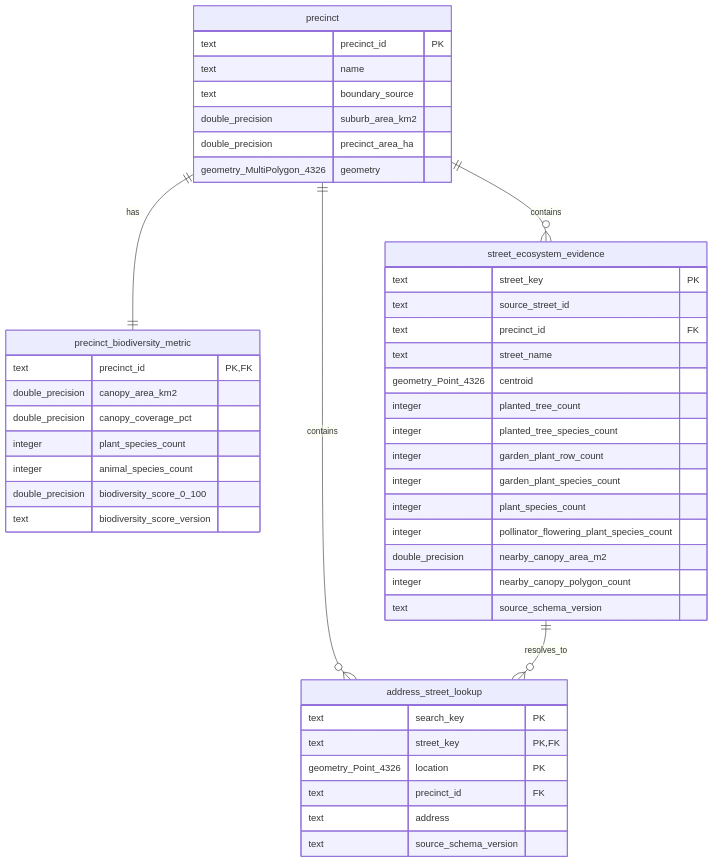
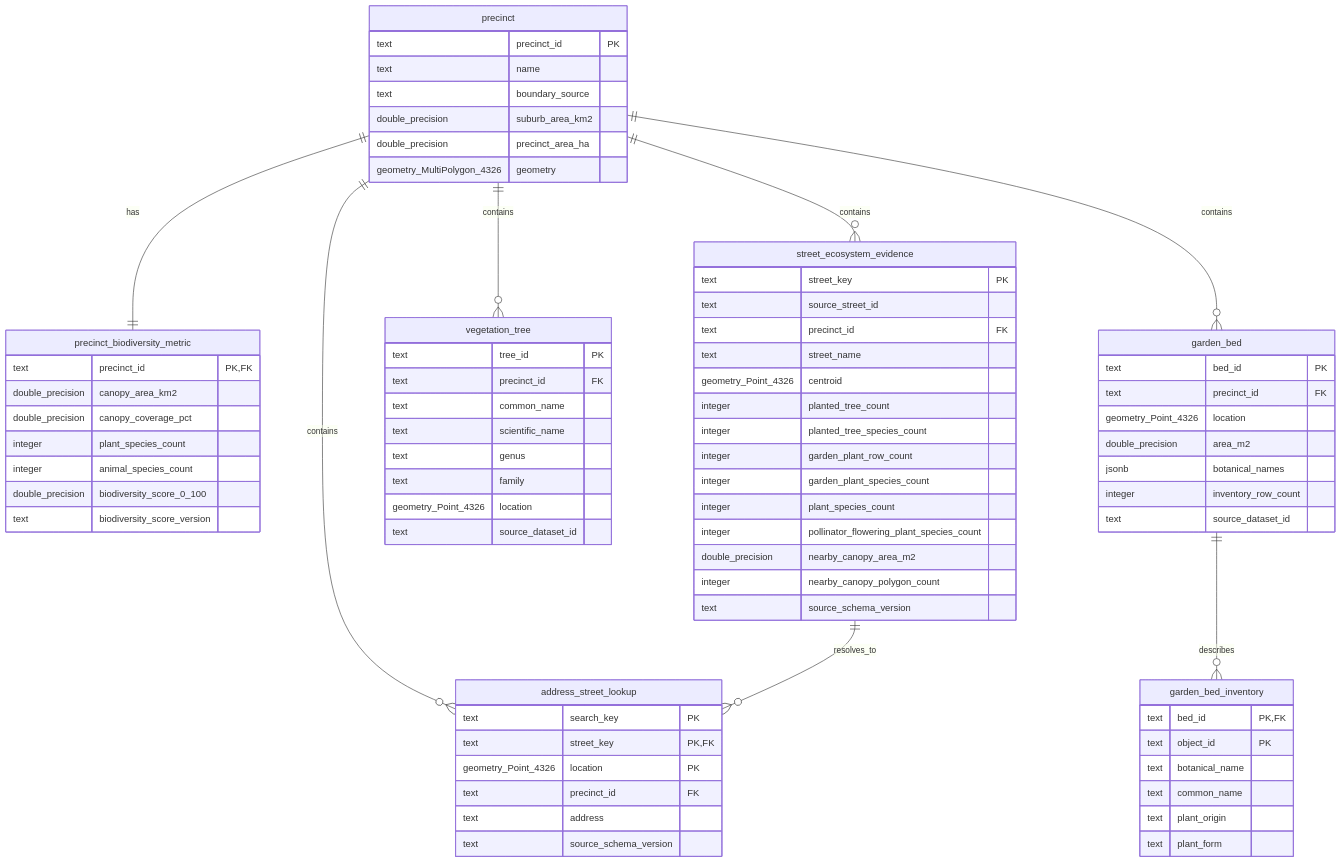
One commit to AntonyJomy/Habitune changed the diagram in habitune-backend/database/erd.md. Above: the diagram before and after it, drawn with Mermaid. The commit also changed other lines of this file and 16 other files, not shown here.

````diff
--- a/habitune-backend/database/erd.md
+++ b/habitune-backend/database/erd.md
@@ -3,48 +3,78 @@
 ```mermaid
 erDiagram
     precinct ||--|| precinct_biodiversity_metric : has
     precinct ||--o{ street_ecosystem_evidence : contains
     precinct ||--o{ address_street_lookup : contains
+    precinct ||--o{ vegetation_tree : contains
+    precinct ||--o{ garden_bed : contains
+    garden_bed ||--o{ garden_bed_inventory : describes
     street_ecosystem_evidence ||--o{ address_street_lookup : resolves_to
     precinct {
         text precinct_id PK
         text name
         text boundary_source
         double_precision suburb_area_km2
         double_precision precinct_area_ha
         geometry_MultiPolygon_4326 geometry
     }
     precinct_biodiversity_metric {
         text precinct_id PK, FK
         double_precision canopy_area_km2
         double_precision canopy_coverage_pct
         integer plant_species_count
         integer animal_species_count
         double_precision biodiversity_score_0_100
         text biodiversity_score_version
     }
     street_ecosystem_evidence {
         text street_key PK
         text source_street_id
         text precinct_id FK
         text street_name
         geometry_Point_4326 centroid
         integer planted_tree_count
         integer planted_tree_species_count
         integer garden_plant_row_count
         integer garden_plant_species_count
         integer plant_species_count
         integer pollinator_flowering_plant_species_count
         double_precision nearby_canopy_area_m2
         integer nearby_canopy_polygon_count
         text source_schema_version
     }
     address_street_lookup {
         text search_key PK
         text street_key PK, FK
         geometry_Point_4326 location PK
         text precinct_id FK
         text address
         text source_schema_version
     }
+    vegetation_tree {
+        text tree_id PK
+        text precinct_id FK
+        text common_name
+        text scientific_name
+        text genus
+        text family
+        geometry_Point_4326 location
+        text source_dataset_id
+    }
+    garden_bed {
+        text bed_id PK
+        text precinct_id FK
+        geometry_Point_4326 location
+        double_precision area_m2
+        jsonb botanical_names
+        integer inventory_row_count
+        text source_dataset_id
+    }
+    garden_bed_inventory {
+        text bed_id PK, FK
+        text object_id PK
+        text botanical_name
+        text common_name
+        text plant_origin
+        text plant_form
+    }
 ```
````
